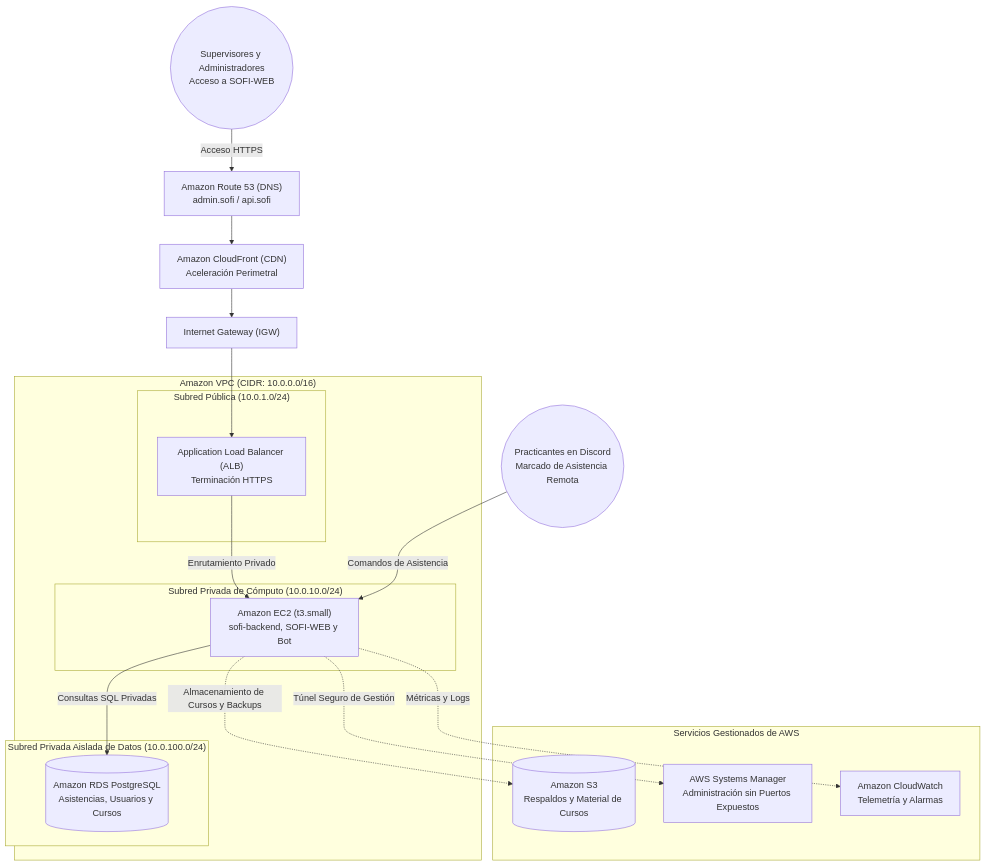
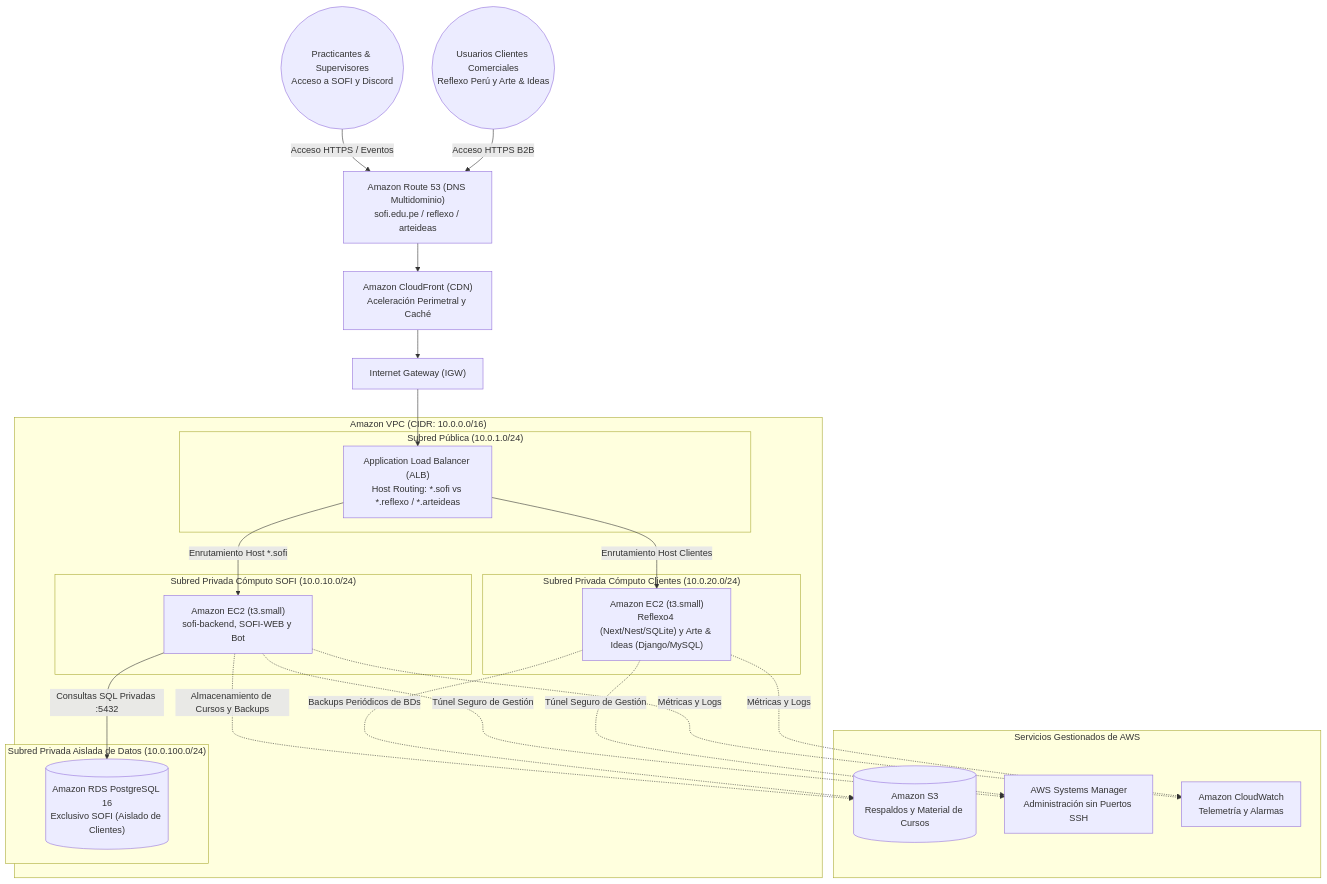
The fourth of 4 diagrams in entregable1_diagnostico_y_fundamentos_cloud.md (La-hermandad-del-codigo/presentacion-aws), drawn with Mermaid before and after one commit. The commit also changed other lines of this file and 5 other files, not shown here.

````diff
--- a/entregable1_diagnostico_y_fundamentos_cloud.md
+++ b/entregable1_diagnostico_y_fundamentos_cloud.md
@@ -269,42 +270,52 @@
 ```mermaid
 flowchart TD
-    PRACT_DISCORD(("Practicantes en Discord<br/>Marcado de Asistencia Remota"))
-    ADMIN_WEB(("Supervisores y Administradores<br/>Acceso a SOFI-WEB"))
+    USERS_SOFI(("Practicantes & Supervisores<br/>Acceso a SOFI y Discord"))
+    USERS_CLIENTES(("Usuarios Clientes Comerciales<br/>Reflexo Perú y Arte & Ideas"))
 
-    R53["Amazon Route 53 (DNS)<br/>admin.sofi / api.sofi"]
-    CF["Amazon CloudFront (CDN)<br/>Aceleración Perimetral"]
+    R53["Amazon Route 53 (DNS Multidominio)<br/>sofi.edu.pe / reflexo / arteideas"]
+    CF["Amazon CloudFront (CDN)<br/>Aceleración Perimetral y Caché"]
     IGW["Internet Gateway (IGW)"]
 
     subgraph VPC["Amazon VPC (CIDR: 10.0.0.0/16)"]
         subgraph SUB_PUB["Subred Pública (10.0.1.0/24)"]
-            ALB["Application Load Balancer (ALB)<br/>Terminación HTTPS"]
+            ALB["Application Load Balancer (ALB)<br/>Host Routing: *.sofi vs *.reflexo / *.arteideas"]
         end
         
-        subgraph SUB_PRIV_APP["Subred Privada de Cómputo (10.0.10.0/24)"]
+        subgraph SUB_PRIV_SOFI["Subred Privada Cómputo SOFI (10.0.10.0/24)"]
             EC2_SOFI["Amazon EC2 (t3.small)<br/>sofi-backend, SOFI-WEB y Bot"]
+        end
+
+        subgraph SUB_PRIV_CLIENTES["Subred Privada Cómputo Clientes (10.0.20.0/24)"]
+            EC2_CLIENTES["Amazon EC2 (t3.small)<br/>Reflexo4 (Next/Nest/SQLite) y Arte & Ideas (Django/MySQL)"]
         end
         
         subgraph SUB_PRIV_DATA["Subred Privada Aislada de Datos (10.0.100.0/24)"]
-            RDS_PG[("Amazon RDS PostgreSQL<br/>Asistencias, Usuarios y Cursos")]
+            RDS_PG[("Amazon RDS PostgreSQL 16<br/>Exclusivo SOFI (Aislado de Clientes)")]
         end
     end
 
     subgraph SERVICIOS_GESTIONADOS["Servicios Gestionados de AWS"]
         S3_MEDIA[("Amazon S3<br/>Respaldos y Material de Cursos")]
-        SSM["AWS Systems Manager<br/>Administración sin Puertos Expuestos"]
+        SSM["AWS Systems Manager<br/>Administración sin Puertos SSH"]
         CW["Amazon CloudWatch<br/>Telemetría y Alarmas"]
     end
 
-    ADMIN_WEB -->|Acceso HTTPS| R53
+    USERS_SOFI -->|Acceso HTTPS / Eventos| R53
+    USERS_CLIENTES -->|Acceso HTTPS B2B| R53
     R53 --> CF
     CF --> IGW
     IGW --> ALB
-    ALB -->|Enrutamiento Privado| EC2_SOFI
+
+    ALB -->|Enrutamiento Host *.sofi| EC2_SOFI
+    ALB -->|Enrutamiento Host Clientes| EC2_CLIENTES
     
-    PRACT_DISCORD -->|Comandos de Asistencia| EC2_SOFI
-    
-    EC2_SOFI -->|Consultas SQL Privadas| RDS_PG
+    EC2_SOFI -->|Consultas SQL Privadas :5432| RDS_PG
     EC2_SOFI -.->|Almacenamiento de Cursos y Backups| S3_MEDIA
+    EC2_CLIENTES -.->|Backups Periódicos de BDs| S3_MEDIA
+
     EC2_SOFI -.->|Túnel Seguro de Gestión| SSM
+    EC2_CLIENTES -.->|Túnel Seguro de Gestión| SSM
+
     EC2_SOFI -.->|Métricas y Logs| CW
+    EC2_CLIENTES -.->|Métricas y Logs| CW
 ```
````
